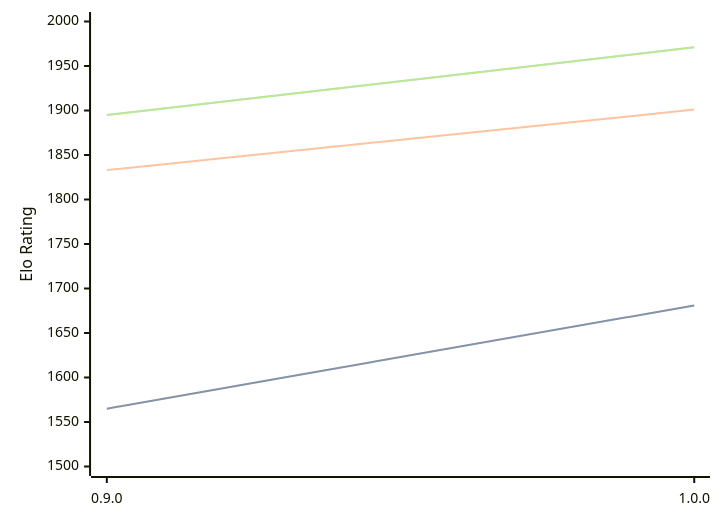
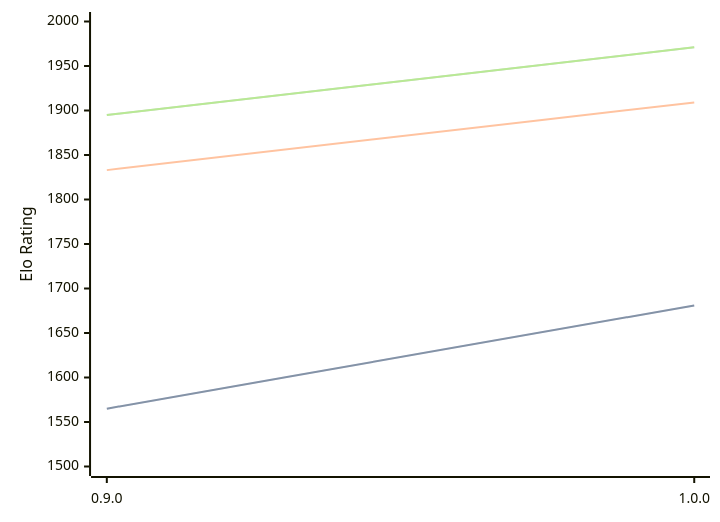
One commit to computer-chess-index/cci changed the diagram in engines/Ratsu.md. Above: the diagram before and after it, drawn with Mermaid. The commit also changed other lines of this file, not shown here.

````diff
--- a/engines/Ratsu.md
+++ b/engines/Ratsu.md
@@ -30,11 +30,11 @@
 ```mermaid
 %%{init: {"theme":"base","themeVariables":{"seriesColors:['#a3a3a3','#222221','#faa371']}}}%%
 xychart-beta
   x-axis ["0.9.0", "1.0.0"]
   y-axis "Elo Rating" 1500 --> 2000
   line "STC (8.0+0.08s)" [1565, 1681]
   line "STC (8.0+0.08s)" [1565, 1681]
-  line "LTC (60.0+0.60s)" [1833, 1901]
+  line "LTC (60.0+0.60s)" [1833, 1909]
   line "VLTC (2m24s+1.12s)" [1895, 1971]
   line "VLTC (2m24s+1.12s)" [1895, 1971]
 ```
````
